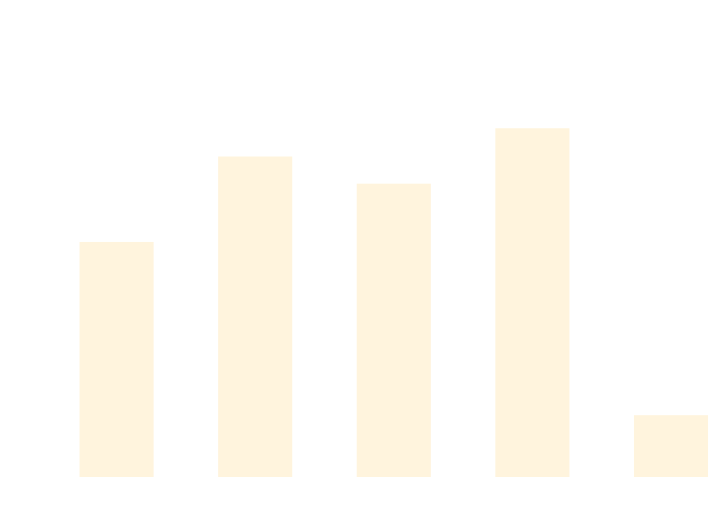
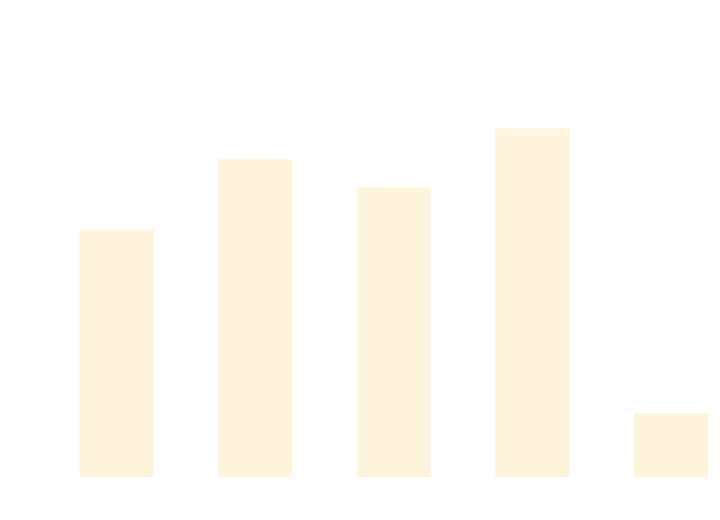
One commit to thomhurst/TUnit changed the diagram in docs/docs/benchmarks/AsyncTests.md. Above: the diagram before and after it, drawn with Mermaid. The commit also changed other lines of this file and 17 other files, not shown here.

````diff
--- a/docs/docs/benchmarks/AsyncTests.md
+++ b/docs/docs/benchmarks/AsyncTests.md
@@ -27,37 +27,37 @@
 ```mermaid
 %%{init: {
   'theme':'base',
   'themeVariables': {
     'primaryColor': '#2563eb',
     'primaryTextColor': '#ffffff',
     'primaryBorderColor': '#1e40af',
     'lineColor': '#6b7280',
     'secondaryColor': '#7c3aed',
     'tertiaryColor': '#dc2626',
     'background': '#ffffff',
     'mainBkg': '#2563eb',
     'secondBkg': '#7c3aed',
     'tertiaryBkg': '#dc2626',
     'clusterBkg': '#f3f4f6',
     'edgeLabelBackground': '#ffffff',
     'tertiaryTextColor': '#1f2937',
     'pie1': '#2563eb',
     'pie2': '#7c3aed',
     'pie3': '#dc2626',
     'pie4': '#f59e0b',
     'pie5': '#10b981',
     'pie6': '#06b6d4',
     'pie7': '#ec4899',
     'pie8': '#6366f1',
     'pie9': '#84cc16',
     'pie10': '#f97316',
     'pie11': '#14b8a6',
     'pie12': '#a855f7'
   }
 }}%%
 xychart-beta
   title "AsyncTests Performance Comparison"
   x-axis ["TUnit", "NUnit", "MSTest", "xUnit3", "TUnit_AOT"]
-  y-axis "Time (ms)" 0 --> 915
-  bar [507.9, 699.1, 638.3, 762.3, 120.4]
+  y-axis "Time (ms)" 0 --> 895
+  bar [523.5, 677.5, 616.5, 745.7, 122.5]
 ```
````
